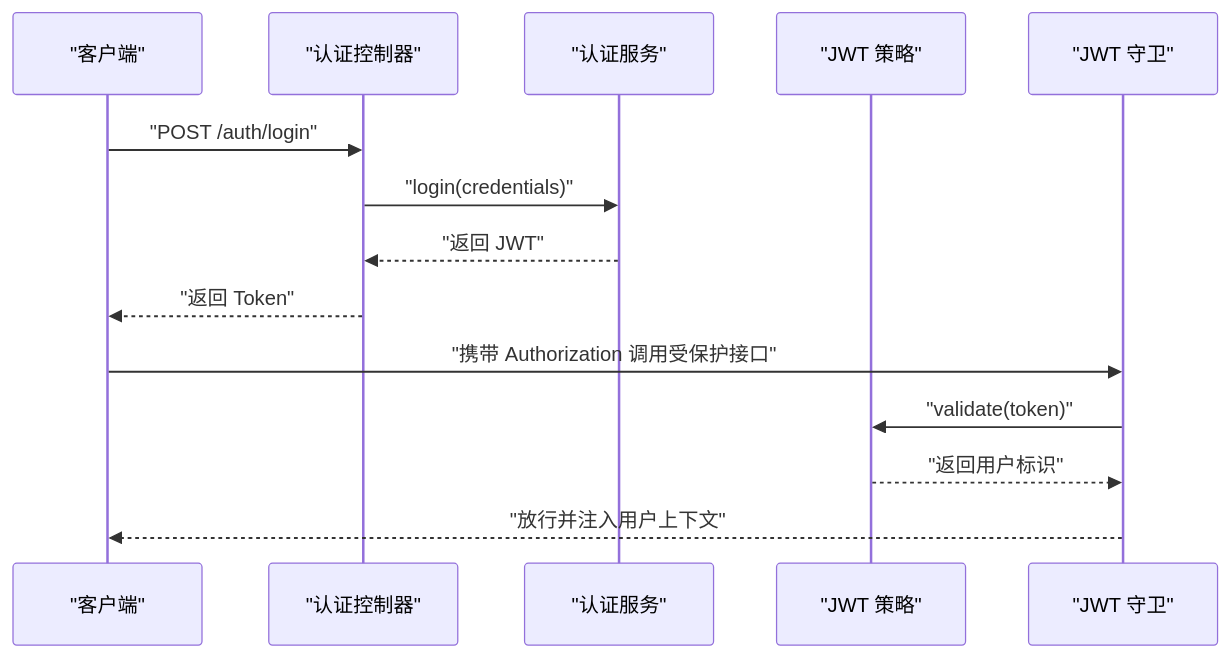
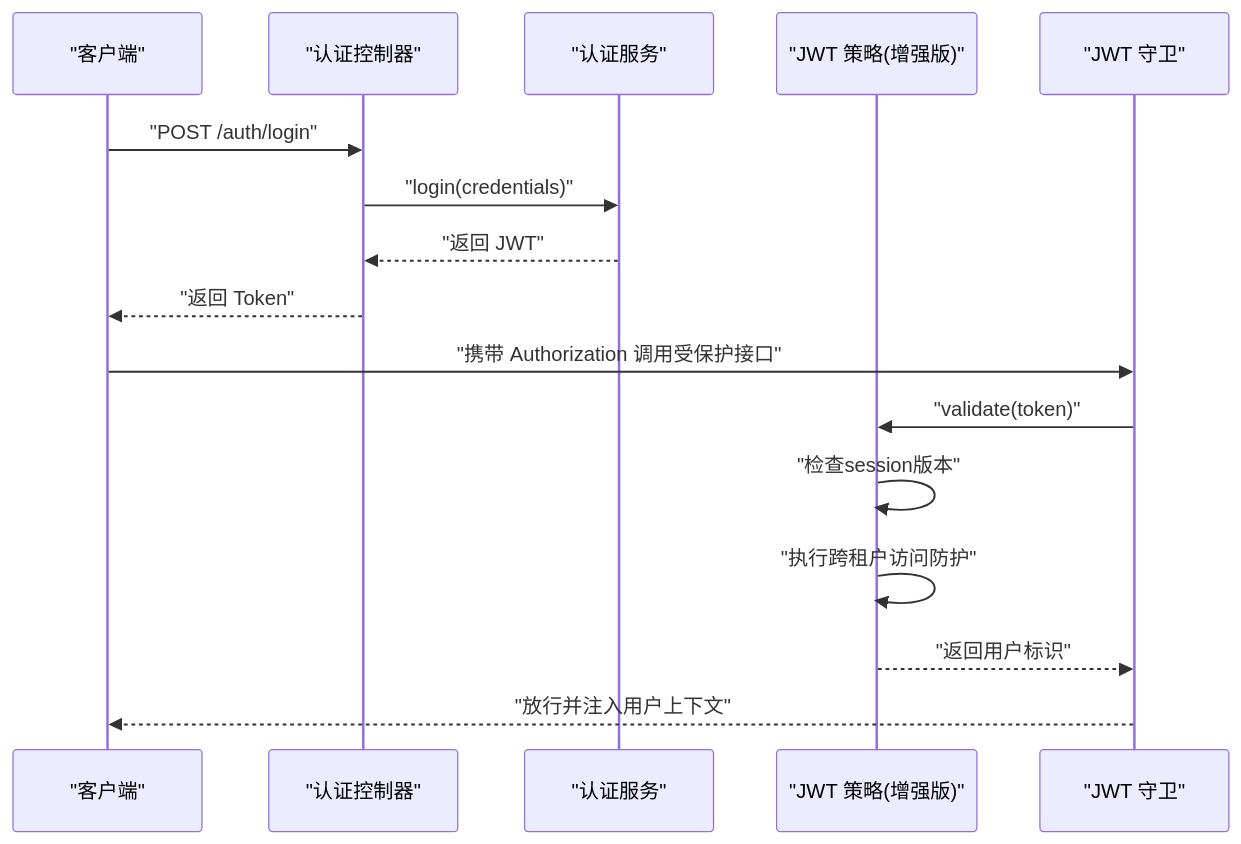
Before and after one commit to rc558620/purelyprofit-server: the third of 16 diagrams in .qoder/repowiki/zh/content/认证授权系统/认证授权系统.md, drawn with Mermaid. The commit also changed other lines of this file and 80 other files, not shown here.

````diff
--- a/.qoder/repowiki/zh/content/认证授权系统/认证授权系统.md
+++ b/.qoder/repowiki/zh/content/认证授权系统/认证授权系统.md
@@ -332,16 +335,18 @@
 ```mermaid
 sequenceDiagram
 participant C as "客户端"
 participant Ctrl as "认证控制器"
 participant Svc as "认证服务"
-participant Strat as "JWT 策略"
+participant Strat as "JWT 策略(增强版)"
 participant Guard as "JWT 守卫"
 C->>Ctrl : "POST /auth/login"
 Ctrl->>Svc : "login(credentials)"
 Svc-->>Ctrl : "返回 JWT"
 Ctrl-->>C : "返回 Token"
 C->>Guard : "携带 Authorization 调用受保护接口"
 Guard->>Strat : "validate(token)"
+Strat->>Strat : "检查session版本"
+Strat->>Strat : "执行跨租户访问防护"
 Strat-->>Guard : "返回用户标识"
 Guard-->>C : "放行并注入用户上下文"
 ```
````
